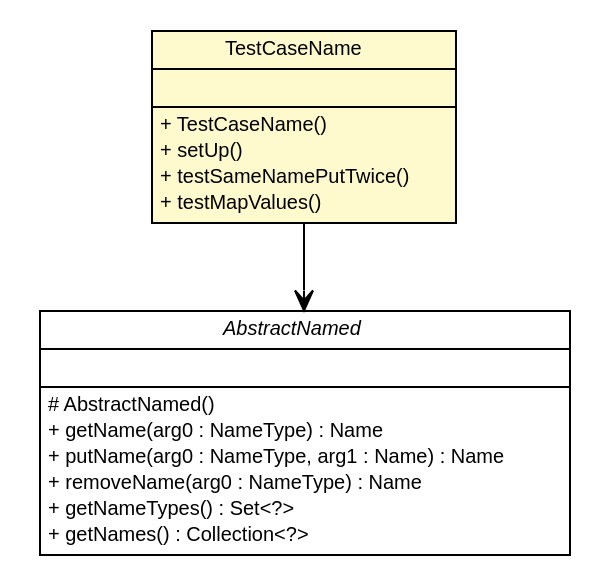
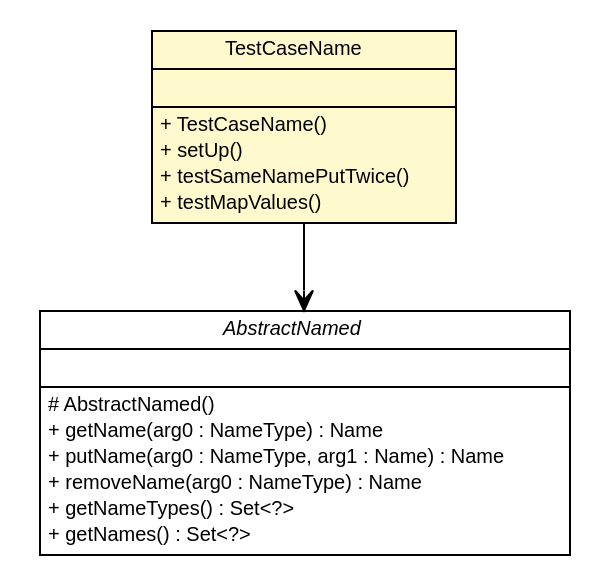
Before and after one commit to ljnelson/nomen: the diagram in testapidocs/com/edugility/nomen/TestCaseName.dot, drawn with Graphviz. The commit also changed 96 other files, not shown here.

```diff
--- a/testapidocs/com/edugility/nomen/TestCaseName.dot
+++ b/testapidocs/com/edugility/nomen/TestCaseName.dot
@@ -1,46 +1,46 @@
 #!/usr/local/bin/dot
 #
 # Class diagram 
 # Generated by UMLGraph version R5_6-24-gf6e263 (http://www.umlgraph.org/)
 #
 
 digraph G {
 	edge [fontname="Helvetica",fontsize=10,labelfontname="Helvetica",labelfontsize=10];
 	node [fontname="Helvetica",fontsize=10,shape=plaintext];
 	nodesep=0.25;
 	ranksep=0.5;
 	// com.edugility.nomen.TestCaseName
 	c13 [label=<<table title="com.edugility.nomen.TestCaseName" border="0" cellborder="1" cellspacing="0" cellpadding="2" port="p" bgcolor="lemonChiffon" href="./TestCaseName.html">
 		<tr><td><table border="0" cellspacing="0" cellpadding="1">
 <tr><td align="center" balign="center"> TestCaseName </td></tr>
 		</table></td></tr>
 		<tr><td><table border="0" cellspacing="0" cellpadding="1">
 <tr><td align="left" balign="left">  </td></tr>
 		</table></td></tr>
 		<tr><td><table border="0" cellspacing="0" cellpadding="1">
 <tr><td align="left" balign="left"> + TestCaseName() </td></tr>
 <tr><td align="left" balign="left"> + setUp() </td></tr>
 <tr><td align="left" balign="left"> + testSameNamePutTwice() </td></tr>
 <tr><td align="left" balign="left"> + testMapValues() </td></tr>
 		</table></td></tr>
 		</table>>, URL="./TestCaseName.html", fontname="Helvetica", fontcolor="black", fontsize=10.0];
 	// com.edugility.nomen.TestCaseName NAVASSOC com.edugility.nomen.AbstractNamed
 	c13:p -> c17:p [taillabel="", label="", headlabel="", fontname="Helvetica", fontcolor="black", fontsize=10.0, color="black", arrowhead=open];
 	// com.edugility.nomen.AbstractNamed
 	c17 [label=<<table title="com.edugility.nomen.AbstractNamed" border="0" cellborder="1" cellspacing="0" cellpadding="2" port="p">
 		<tr><td><table border="0" cellspacing="0" cellpadding="1">
 <tr><td align="center" balign="center"><font face="Helvetica-Oblique"> AbstractNamed </font></td></tr>
 		</table></td></tr>
 		<tr><td><table border="0" cellspacing="0" cellpadding="1">
 <tr><td align="left" balign="left">  </td></tr>
 		</table></td></tr>
 		<tr><td><table border="0" cellspacing="0" cellpadding="1">
 <tr><td align="left" balign="left"> # AbstractNamed() </td></tr>
 <tr><td align="left" balign="left"> + getName(arg0 : NameType) : Name </td></tr>
 <tr><td align="left" balign="left"> + putName(arg0 : NameType, arg1 : Name) : Name </td></tr>
 <tr><td align="left" balign="left"> + removeName(arg0 : NameType) : Name </td></tr>
 <tr><td align="left" balign="left"> + getNameTypes() : Set&lt;?&gt; </td></tr>
-<tr><td align="left" balign="left"> + getNames() : Collection&lt;?&gt; </td></tr>
+<tr><td align="left" balign="left"> + getNames() : Set&lt;?&gt; </td></tr>
 		</table></td></tr>
 		</table>>, URL="null", fontname="Helvetica", fontcolor="black", fontsize=10.0];
 }
```
